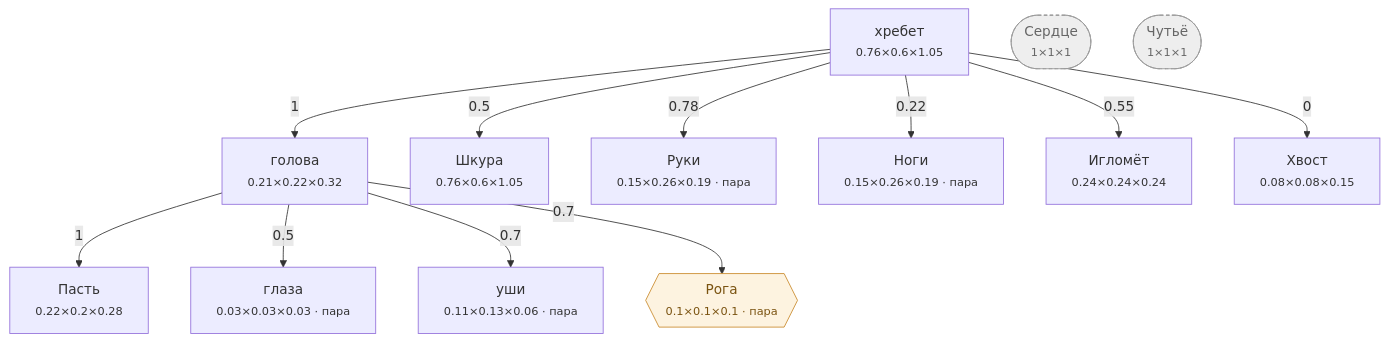
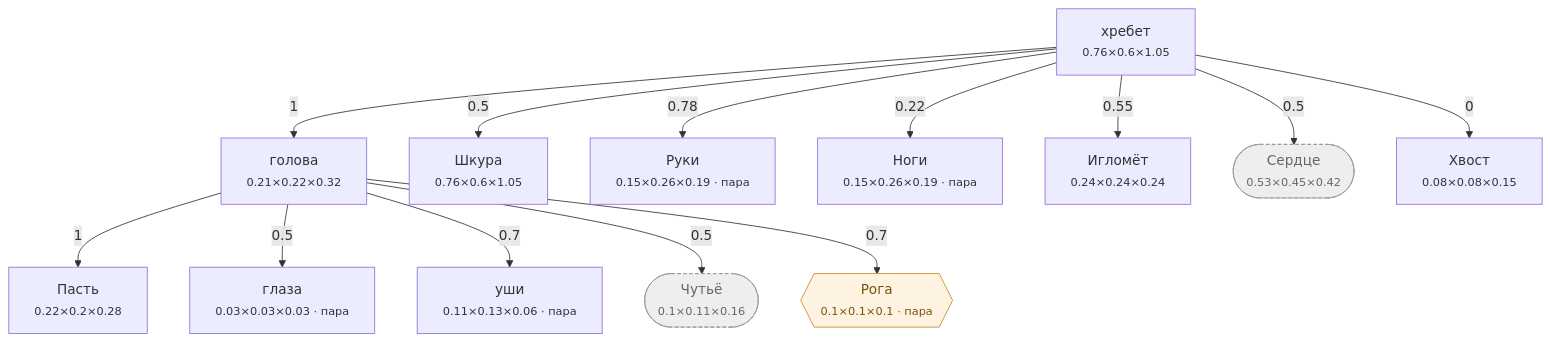
The diagram in Docs/Диаграммы/Ёж.md (darklordshish/ChimeraEvolution-2026-06-26_15-29-59), drawn with Mermaid before and after one commit. The commit also changed other lines of this file and 8 other files, not shown here.

First line of the commit message:
Габарит цепи знает про наследование, схема печатает разрешённый калибр

````diff
--- a/Docs/Диаграммы/Ёж.md
+++ b/Docs/Диаграммы/Ёж.md
@@ -21,33 +21,35 @@
 ```mermaid
 flowchart TD
     n0["хребет<br/><small>0.76×0.6×1.05</small>"]
     n1["голова<br/><small>0.21×0.22×0.32</small>"]
     n2["Пасть<br/><small>0.22×0.2×0.28</small>"]
     n3["глаза<br/><small>0.03×0.03×0.03 · пара</small>"]
     n4["уши<br/><small>0.11×0.13×0.06 · пара</small>"]
     n5["Шкура<br/><small>0.76×0.6×1.05</small>"]
     n6["Руки<br/><small>0.15×0.26×0.19 · пара</small>"]
     n7["Ноги<br/><small>0.15×0.26×0.19 · пара</small>"]
     n8["Игломёт<br/><small>0.24×0.24×0.24</small>"]
-    n9(["Сердце<br/><small>1×1×1</small>"])
-    n10(["Чутьё<br/><small>1×1×1</small>"])
+    n9(["Сердце<br/><small>0.53×0.45×0.42</small>"])
+    n10(["Чутьё<br/><small>0.1×0.11×0.16</small>"])
     n11["Хвост<br/><small>0.08×0.08×0.15</small>"]
     n12{{"Рога<br/><small>0.1×0.1×0.1 · пара</small>"}}
 
     n0 -->|1| n1
     n1 -->|1| n2
     n1 -->|0.5| n3
     n1 -->|0.7| n4
     n0 -->|0.5| n5
     n0 -->|0.78| n6
     n0 -->|0.22| n7
     n0 -->|0.55| n8
+    n0 -->|0.5| n9
+    n1 -->|0.5| n10
     n0 -->|0| n11
     n1 -->|0.7| n12
 
     classDef hid fill:#eee,stroke:#999,stroke-dasharray:4 3,color:#666
     classDef gr fill:#fdf3e0,stroke:#c98a2b,color:#7a5310
     classDef ch fill:#e8f2ff,stroke:#3b74c4,color:#1c3f70
     class n9,n10 hid
     class n12 gr
 ```
````
